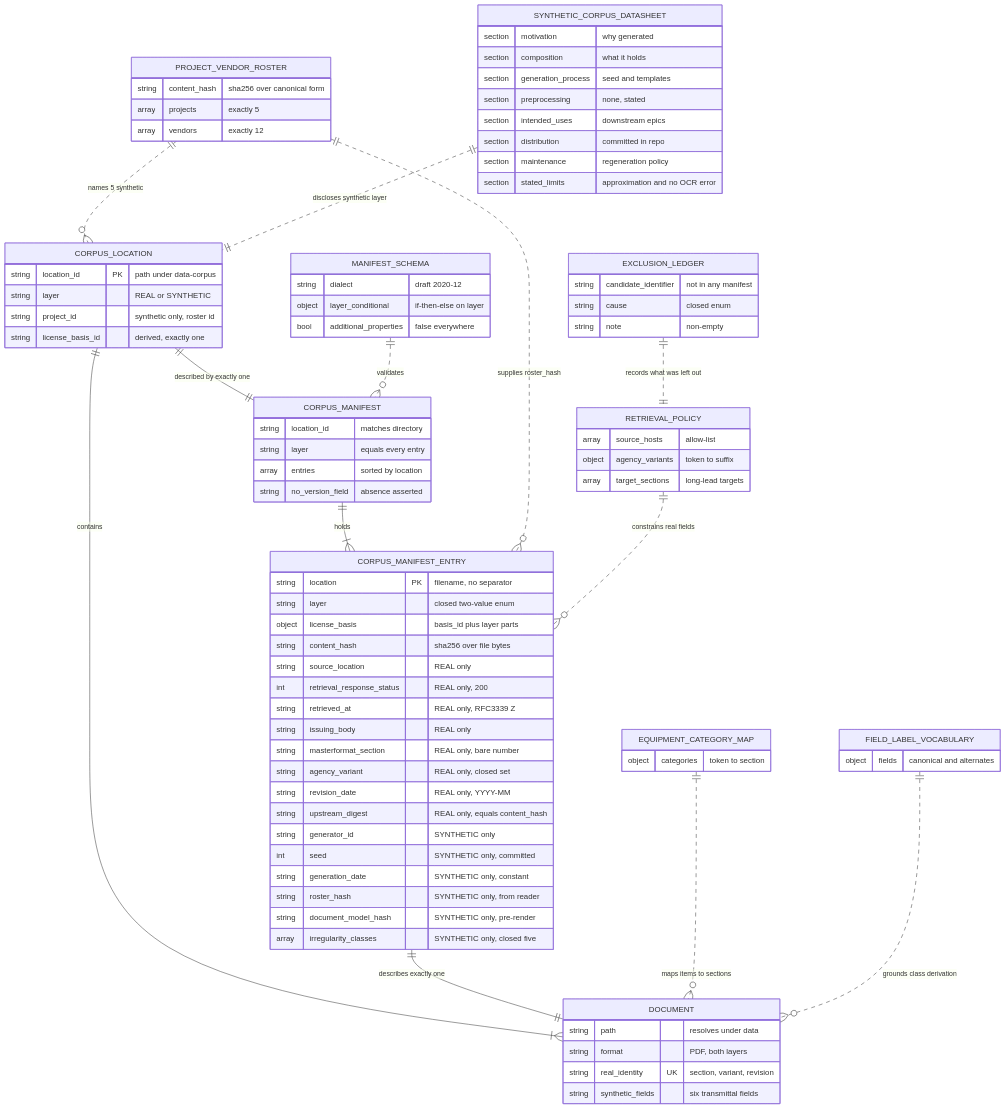
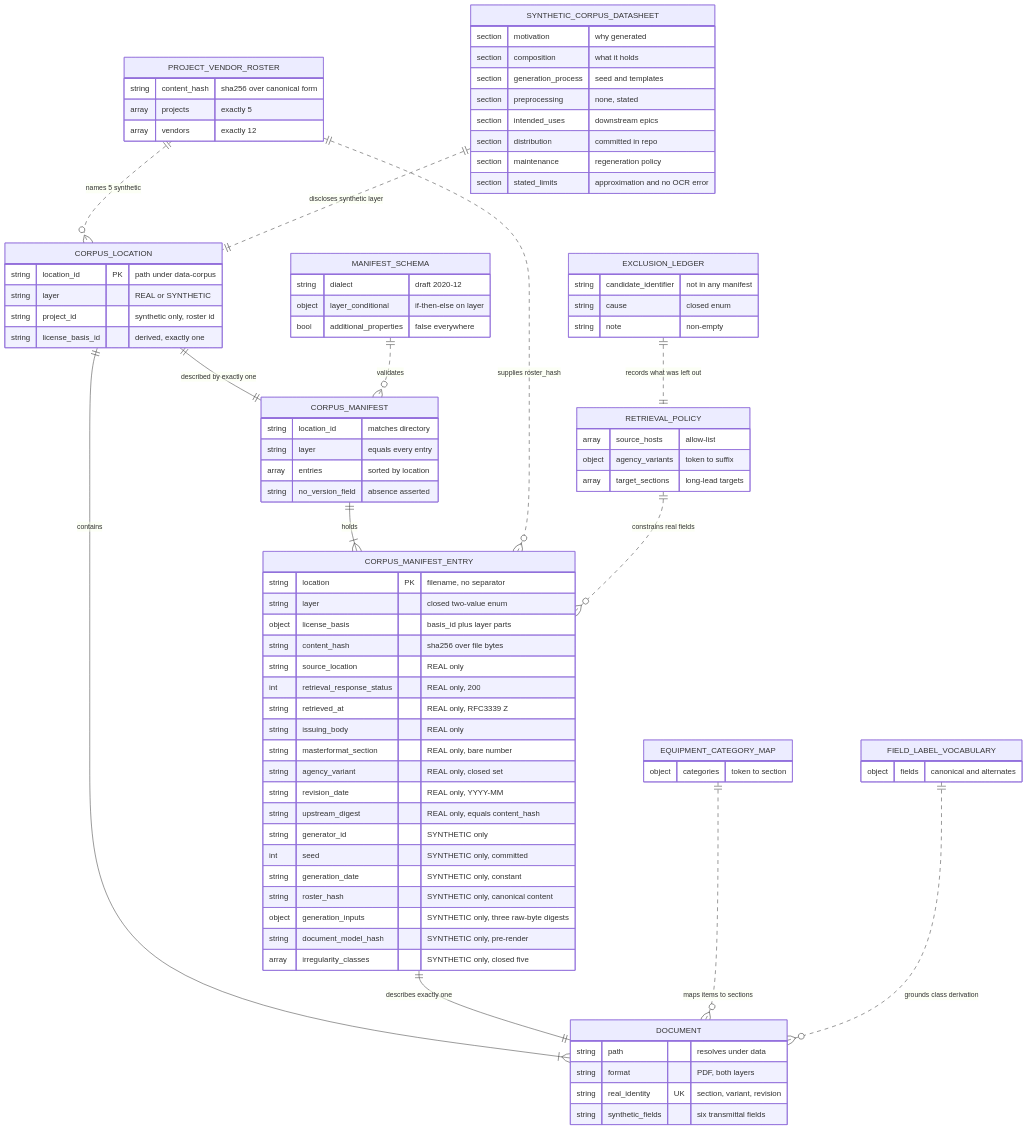
Before and after one commit to jsh562/Procurement-Risk: the diagram in specs/00002-public-corpus-and-manifest/data-model.md, drawn with Mermaid. The commit also changed other lines of this file and 7 other files, not shown here.

```diff
--- a/specs/00002-public-corpus-and-manifest/data-model.md
+++ b/specs/00002-public-corpus-and-manifest/data-model.md
@@ -339,7 +357,8 @@
         string generator_id "SYNTHETIC only"
         int seed "SYNTHETIC only, committed"
         string generation_date "SYNTHETIC only, constant"
-        string roster_hash "SYNTHETIC only, from reader"
+        string roster_hash "SYNTHETIC only, canonical content"
+        object generation_inputs "SYNTHETIC only, three raw-byte digests"
         string document_model_hash "SYNTHETIC only, pre-render"
         array irregularity_classes "SYNTHETIC only, closed five"
     }
```
